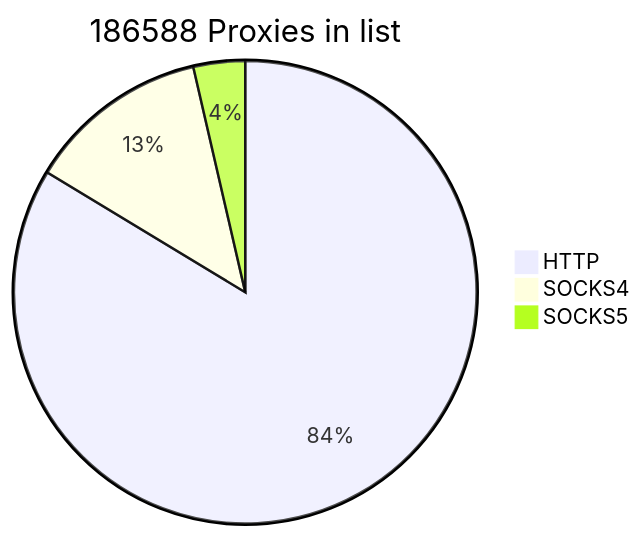
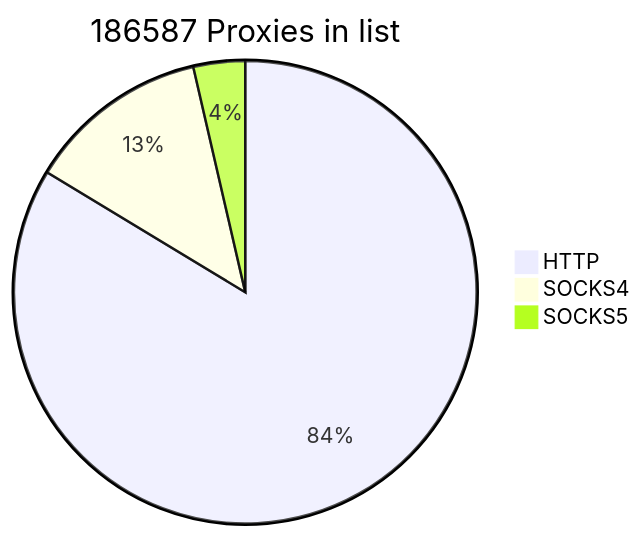
The first of 2 diagrams in README.md (cutipu/proxylist), drawn with Mermaid before and after one commit. The commit also changed other lines of this file, not shown here.

````diff
--- a/README.md
+++ b/README.md
@@ -2,7 +2,7 @@
 ```mermaid
-pie title 186588 Proxies in list
+pie title 186587 Proxies in list
     "HTTP" : 156108
-    "SOCKS4" : 23748
+    "SOCKS4" : 23747
     "SOCKS5" : 6732
             
 ```
````
